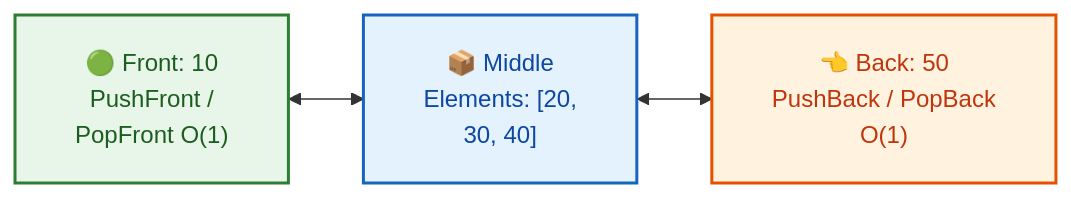
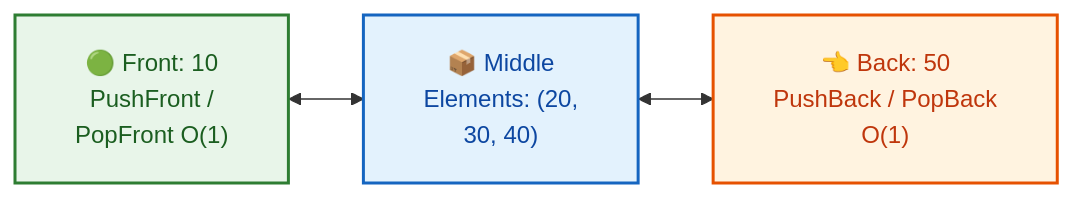
One commit to dip4k/DSA_102 changed the fourth of 5 diagrams in week_02_foundations_ii_linear_data_structures/Week_02_Visual_Concepts_Playbook_HYBRID.md. Above: the diagram before and after it, drawn with Mermaid. The commit also changed other lines of this file and 147 other files, not shown here.

First line of the commit message:
feat(curriculum): enrich Weeks 01-19 instructional modules & resolve repository-wide Mermaid cutoff

````diff
--- a/week_02_foundations_ii_linear_data_structures/Week_02_Visual_Concepts_Playbook_HYBRID.md
+++ b/week_02_foundations_ii_linear_data_structures/Week_02_Visual_Concepts_Playbook_HYBRID.md
@@ -314,13 +314,13 @@
 ```mermaid
 %%{init: {"flowchart": {"htmlLabels": true, "padding": 20}, "themeCSS": "foreignObject { overflow: visible !important; }"}}%%
 flowchart LR
     classDef front fill:#e8f5e9,stroke:#2e7d32,stroke-width:2px,color:#1b5e20
     classDef mid fill:#e3f2fd,stroke:#1565c0,stroke-width:2px,color:#0d47a1
     classDef back fill:#fff3e0,stroke:#e65100,stroke-width:2px,color:#bf360c
 
     F["🟢 Front: 10<br/>PushFront /<br/>PopFront O(1)"]:::front
-    M["📦 Middle<br/>Elements: [20,<br/>30, 40]"]:::mid
+    M["📦 Middle<br/>Elements: (20,<br/>30, 40)"]:::mid
     B["👈 Back: 50<br/>PushBack / PopBack<br/>O(1)"]:::back
 
     F <--> M <--> B
 ```
````
